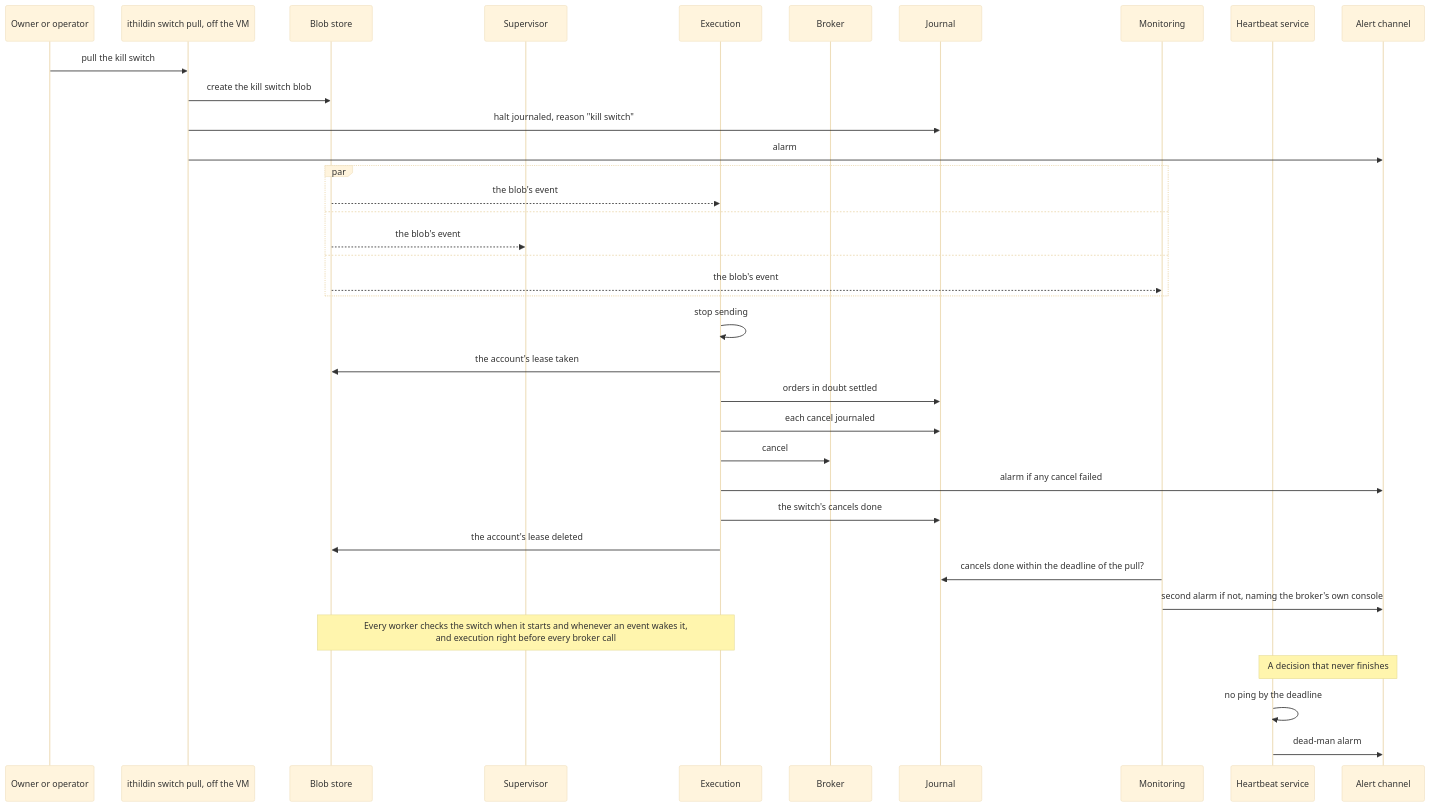
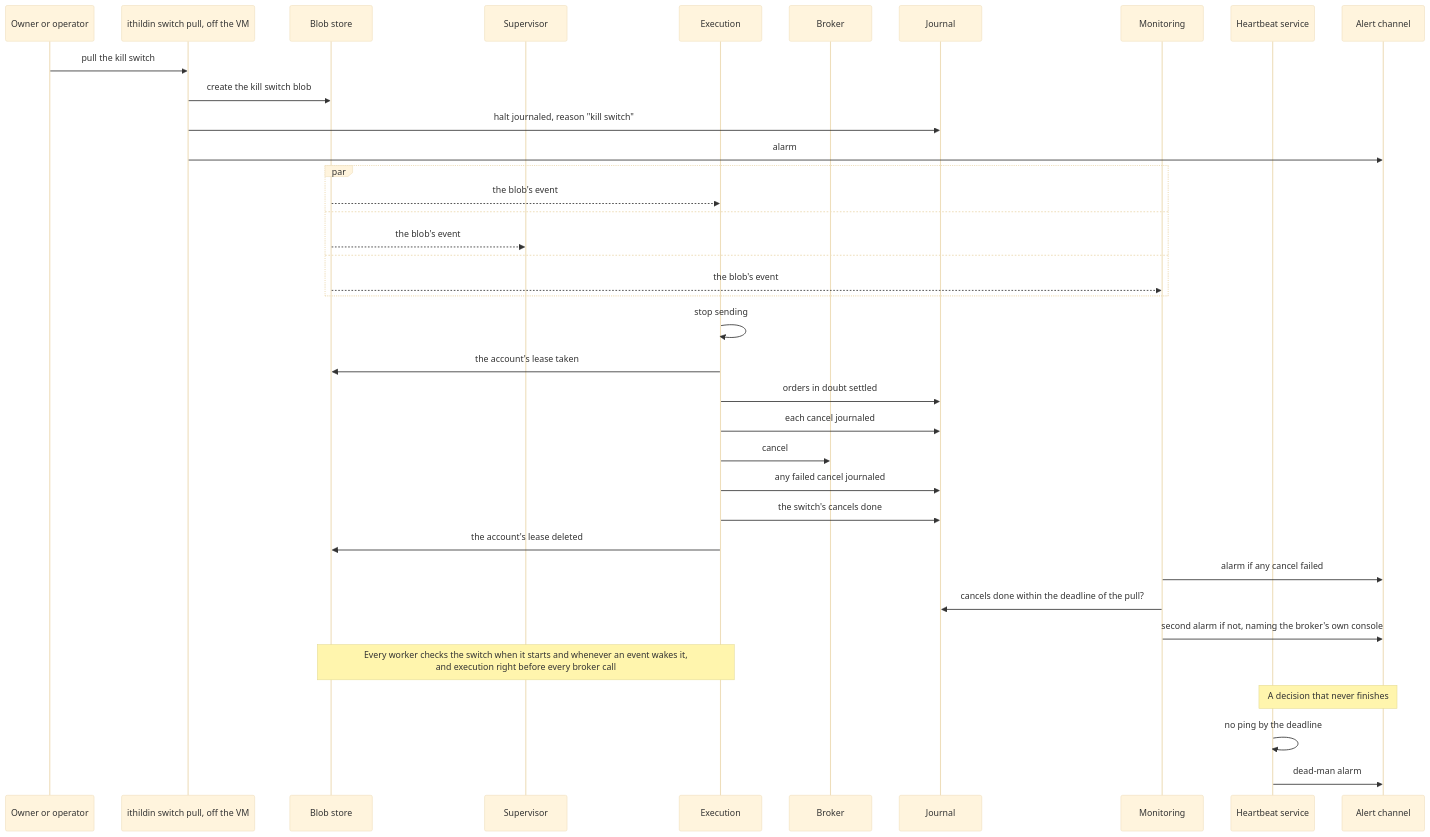
Before and after one commit to l3a0/ithildin-runtime: diagram 18 of 25 in docs/architecture.md, drawn with Mermaid (base theme). The commit also changed other lines of this file and 3 other files, not shown here.

````diff
--- a/docs/architecture.md
+++ b/docs/architecture.md
@@ -1115,40 +1118,41 @@
 ```mermaid
 sequenceDiagram
     participant P as Owner or operator
     participant K as ithildin switch pull, off the VM
     participant F as Blob store
     participant V as Supervisor
     participant X as Execution
     participant B as Broker
     participant J as Journal
     participant M as Monitoring
     participant H as Heartbeat service
     participant A as Alert channel
 
     P->>K: pull the kill switch
     K->>F: create the kill switch blob
     K->>J: halt journaled, reason "kill switch"
     K->>A: alarm
     par
         F-->>X: the blob's event
     and
         F-->>V: the blob's event
     and
         F-->>M: the blob's event
     end
     X->>X: stop sending
     X->>F: the account's lease taken
     X->>J: orders in doubt settled
     X->>J: each cancel journaled
     X->>B: cancel
-    X->>A: alarm if any cancel failed
+    X->>J: any failed cancel journaled
     X->>J: the switch's cancels done
     X->>F: the account's lease deleted
+    M->>A: alarm if any cancel failed
     M->>J: cancels done within the deadline of the pull?
     M->>A: second alarm if not, naming the broker's own console
     Note over F,X: Every worker checks the switch when it starts and whenever an event wakes it,<br/>and execution right before every broker call
 
     Note over H,A: A decision that never finishes
     H->>H: no ping by the deadline
     H->>A: dead-man alarm
 ```
````
